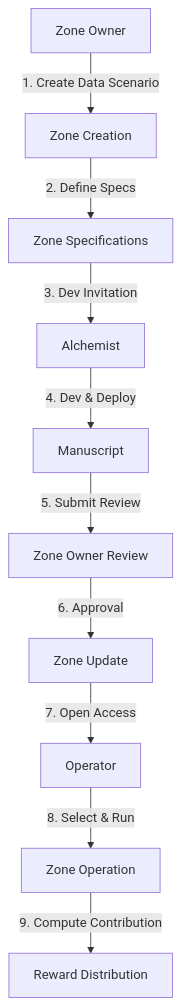
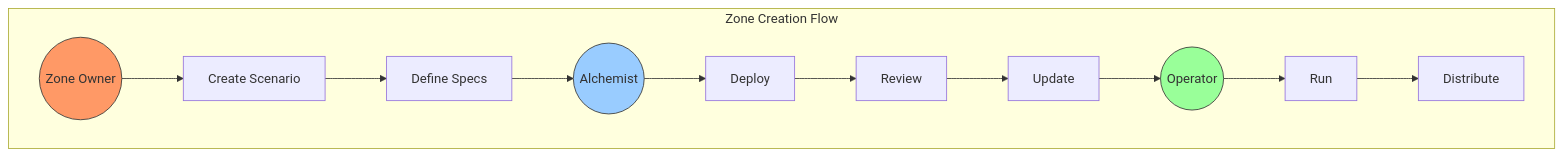
One commit to chainbase-labs/chainbase-docs changed the diagram in core-concepts/manuscript/zone.mdx. Above: the diagram before and after it, drawn with Mermaid.

Commit message:
<Update> manuscript zone workflow

````diff
--- a/core-concepts/manuscript/zone.mdx
+++ b/core-concepts/manuscript/zone.mdx
@@ -41,12 +41,19 @@
 ```mermaid
-graph TD
-    ZoneOwner[Zone Owner] -->|1. Create Data Scenario| ZoneCreation[Zone Creation]
-    ZoneCreation -->|2. Define Specs| Specs[Zone Specifications]
-    Specs -->|3. Dev Invitation| Alchemist[Alchemist]
-    Alchemist -->|4. Dev & Deploy| Manuscript[Manuscript]
-    Manuscript -->|5. Submit Review| Review[Zone Owner Review]
-    Review -->|6. Approval| Update[Zone Update]
-    Update -->|7. Open Access| Operator[Operator]
-    Operator -->|8. Select & Run| Operation[Zone Operation]
-    Operation -->|9. Compute Contribution| Reward[Reward Distribution]
+flowchart LR
+    subgraph Zone Creation Flow
+        direction LR
+        ZoneOwner((Zone Owner)) --> ZoneCreation[Create Scenario]
+        ZoneCreation --> Specs[Define Specs]
+        Specs --> Alchemist((Alchemist))
+        Alchemist --> Manuscript[Deploy]
+        Manuscript --> Review[Review]
+        Review --> Update[Update]
+        Update --> Operator((Operator))
+        Operator --> Operation[Run]
+        Operation --> Reward[Distribute]
+    end
+
+    style ZoneOwner fill:#f96,stroke:#333
+    style Alchemist fill:#9cf,stroke:#333
+    style Operator fill:#9f9,stroke:#333
 ```
````
